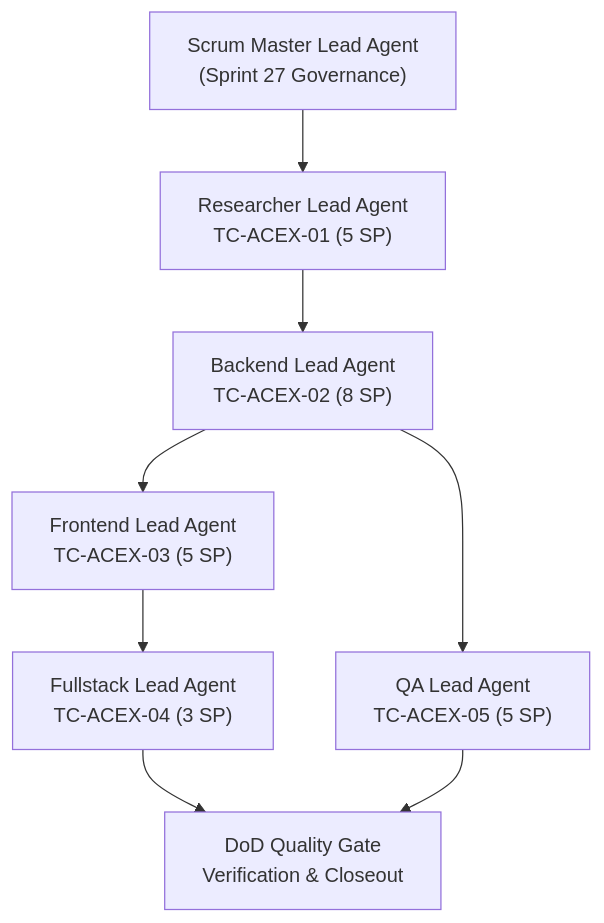
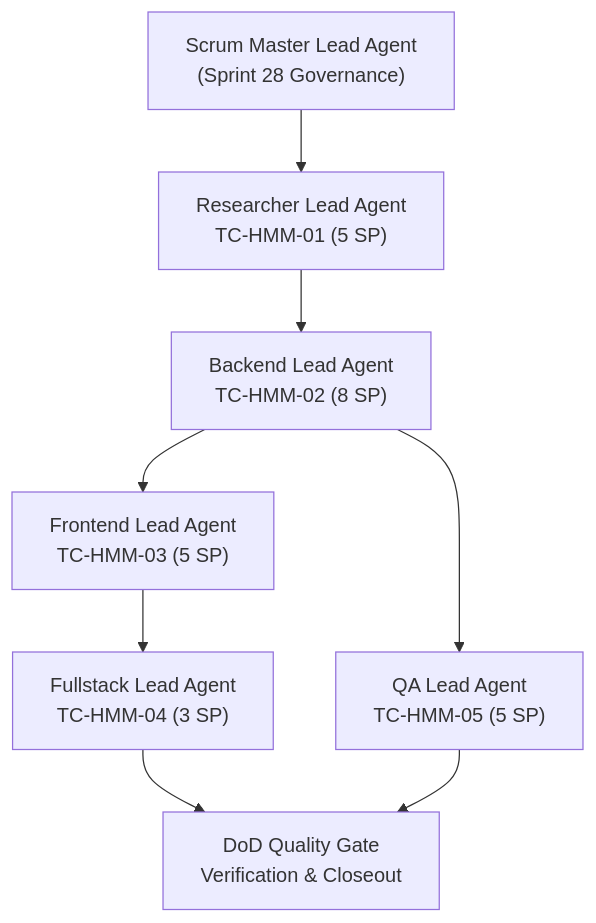
Before and after one commit to Paurushmuley/LearnTrade: the diagram in docs/daily-reports/2026-11-19.md, drawn with Mermaid. The commit also changed other lines of this file and 2 other files, not shown here.

Commit message:
docs(scrum): execute daily standup routine for 2026-11-19, close Sprint 27 & activate Sprint 28

````diff
--- a/docs/daily-reports/2026-11-19.md
+++ b/docs/daily-reports/2026-11-19.md
@@ -103,10 +102,10 @@
 ```mermaid
 flowchart TD
-    SM["Scrum Master Lead Agent<br/>(Sprint 27 Governance)"] --> RES["Researcher Lead Agent<br/>TC-ACEX-01 (5 SP)"]
-    RES --> BE["Backend Lead Agent<br/>TC-ACEX-02 (8 SP)"]
-    BE --> FE["Frontend Lead Agent<br/>TC-ACEX-03 (5 SP)"]
-    FE --> FS["Fullstack Lead Agent<br/>TC-ACEX-04 (3 SP)"]
-    BE --> QA["QA Lead Agent<br/>TC-ACEX-05 (5 SP)"]
+    SM["Scrum Master Lead Agent<br/>(Sprint 28 Governance)"] --> RES["Researcher Lead Agent<br/>TC-HMM-01 (5 SP)"]
+    RES --> BE["Backend Lead Agent<br/>TC-HMM-02 (8 SP)"]
+    BE --> FE["Frontend Lead Agent<br/>TC-HMM-03 (5 SP)"]
+    FE --> FS["Fullstack Lead Agent<br/>TC-HMM-04 (3 SP)"]
+    BE --> QA["QA Lead Agent<br/>TC-HMM-05 (5 SP)"]
     FS --> VER["DoD Quality Gate<br/>Verification & Closeout"]
     QA --> VER
 ```
````
